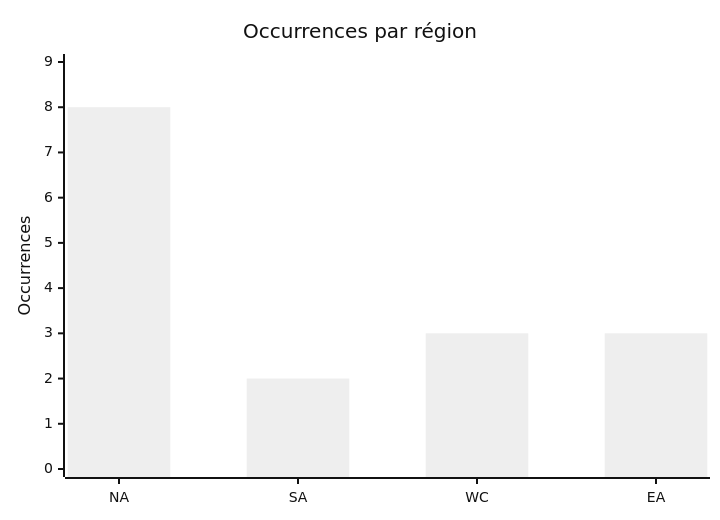
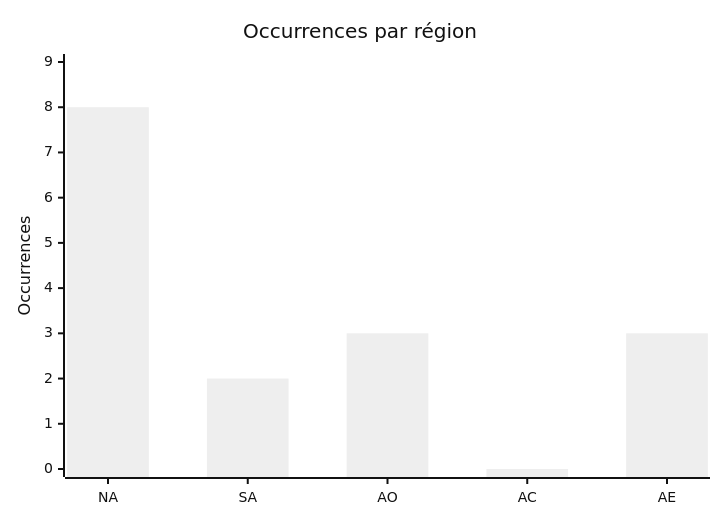
Before and after one commit to Hatchepsoute/AFRINTEL: the fourth of 6 diagrams in CyberAttackAfrica/2025/01-january/README_FR.md, drawn with Mermaid (neutral theme). The commit also changed other lines of this file and 109 other files, not shown here.

````diff
--- a/CyberAttackAfrica/2025/01-january/README_FR.md
+++ b/CyberAttackAfrica/2025/01-january/README_FR.md
@@ -135,7 +136,7 @@
 ```mermaid
 xychart
     title "Occurrences par région"
-    x-axis ["NA","SA","WC","EA"]
+    x-axis ["NA","SA","AO","AC","AE"]
     y-axis "Occurrences" 0 --> 9
-    bar [8,2,3,3]
+    bar [8,2,3,0,3]
 ```
````
